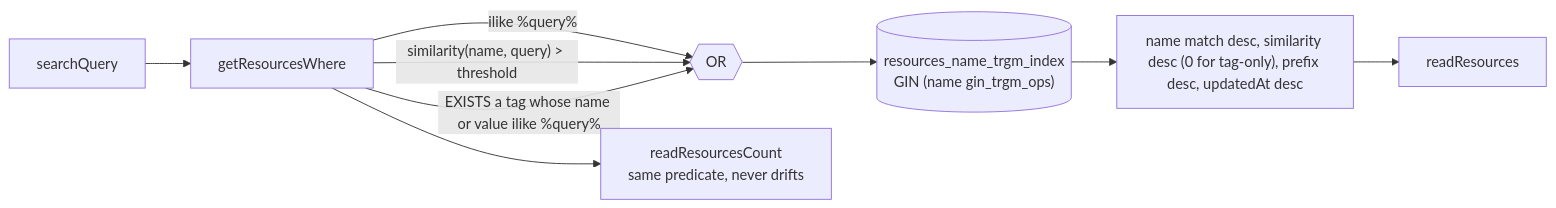
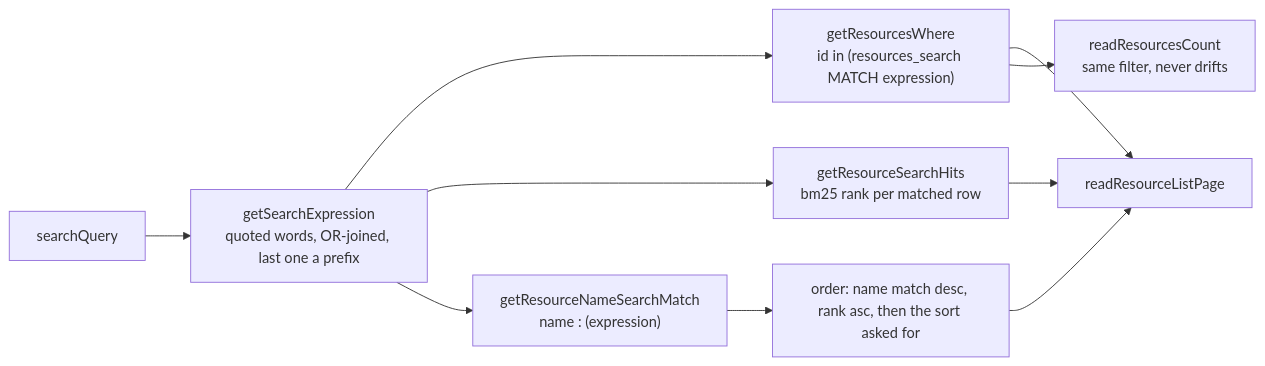
The diagram in openspec/specs/resource/global-search-relevance/design.md (Esposter/Esposter), drawn with Mermaid before and after one commit. The commit also changed other lines of this file and 15 other files, not shown here.

````diff
--- a/openspec/specs/resource/global-search-relevance/design.md
+++ b/openspec/specs/resource/global-search-relevance/design.md
@@ -15,11 +11,12 @@
 ```mermaid
 flowchart LR
-  Q["searchQuery"] --> W["getResourcesWhere"]
-  W -->|"ilike %query%"| OR{{"OR"}}
-  W -->|"similarity(name, query) > threshold"| OR
-  W -->|"EXISTS a tag whose name or value ilike %query%"| OR
-  OR --> IDX[("resources_name_trgm_index<br/>GIN (name gin_trgm_ops)")]
-  IDX --> RANK["name match desc, similarity desc (0 for tag-only), prefix desc, updatedAt desc"]
-  RANK --> LIST["readResources"]
-  W --> CNT["readResourcesCount<br/>same predicate, never drifts"]
+  Q["searchQuery"] --> E["getSearchExpression<br/>quoted words, OR-joined, last one a prefix"]
+  E --> W["getResourcesWhere<br/>id in (resources_search MATCH expression)"]
+  E --> H["getResourceSearchHits<br/>bm25 rank per matched row"]
+  E --> N["getResourceNameSearchMatch<br/>name : (expression)"]
+  W --> P["readResourceListPage"]
+  H --> P
+  N --> O["order: name match desc, rank asc, then the sort asked for"]
+  O --> P
+  W --> CNT["readResourcesCount<br/>same filter, never drifts"]
 ```
````
